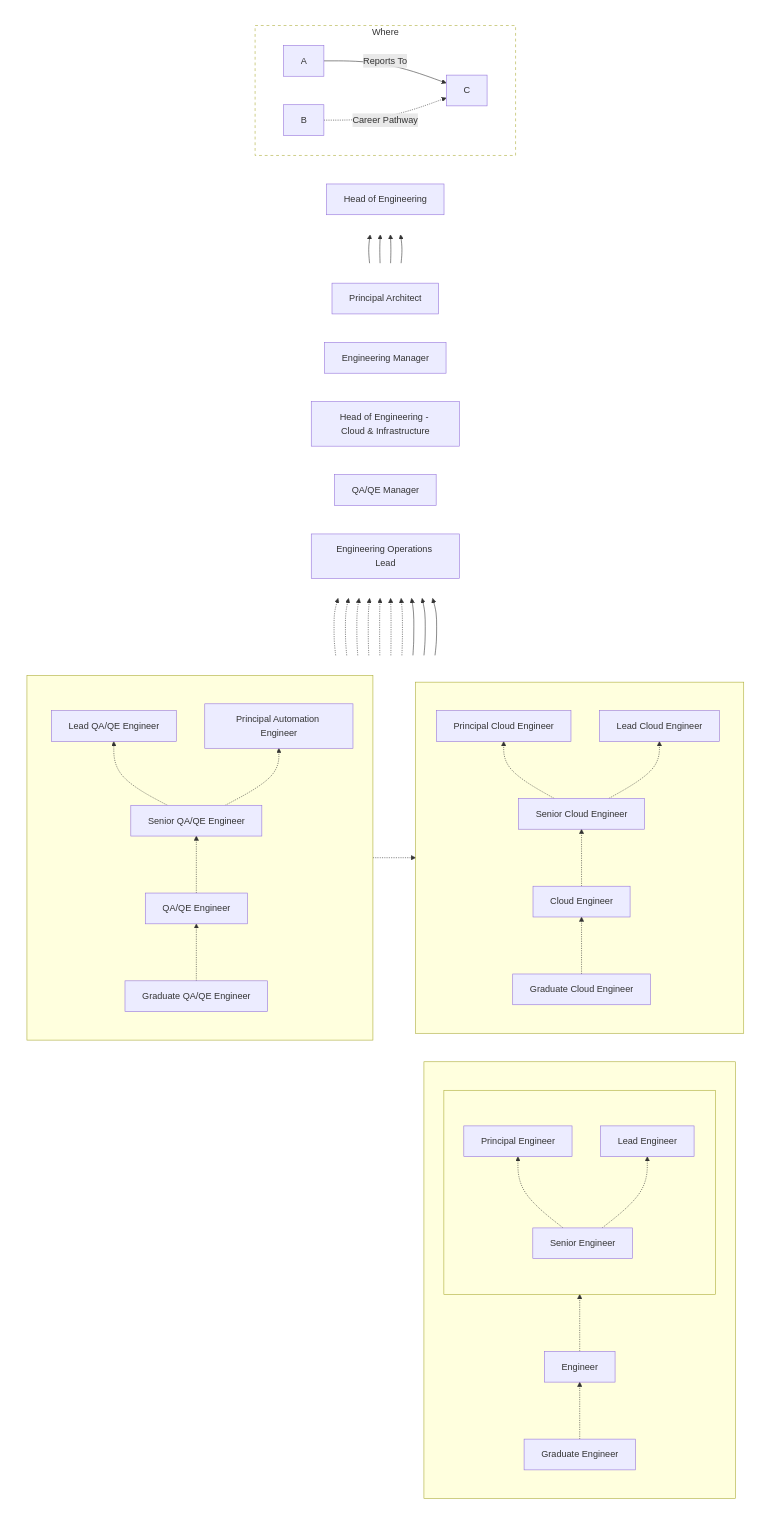
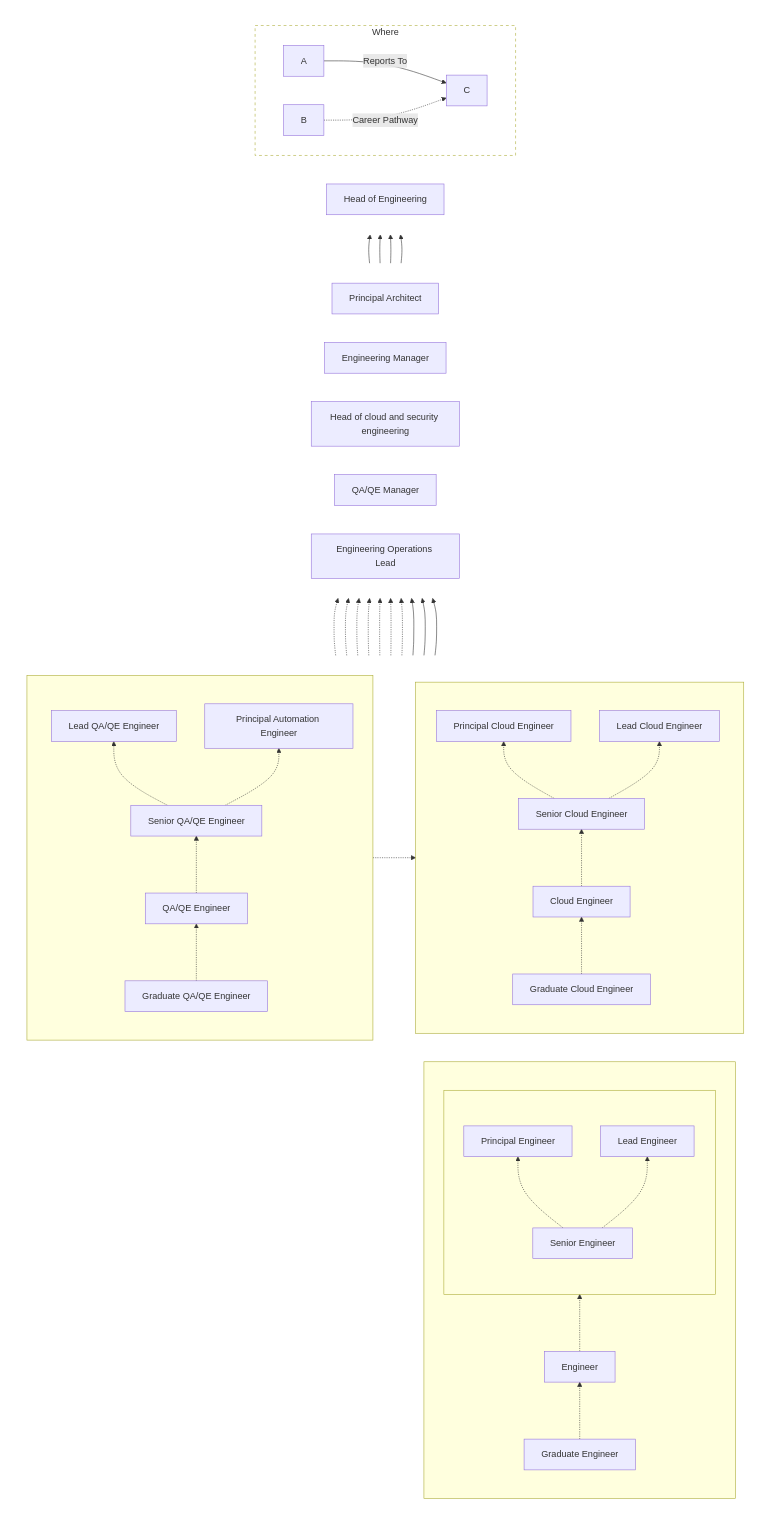
Before and after one commit to loanmarket/career-ladder: the diagram in DIAGRAM.md, drawn with Mermaid.

Commit message:
update again based on "official title"

```diff
--- a/DIAGRAM.md
+++ b/DIAGRAM.md
@@ -18,7 +18,7 @@
 
     pa[Principal Architect]
     em[Engineering Manager]
-    cem[Head of Engineering - Cloud & Infrastructure]
+    cem[Head of cloud and security engineering]
     qam[QA/QE Manager]
     eol[Engineering Operations Lead]
   end
```
